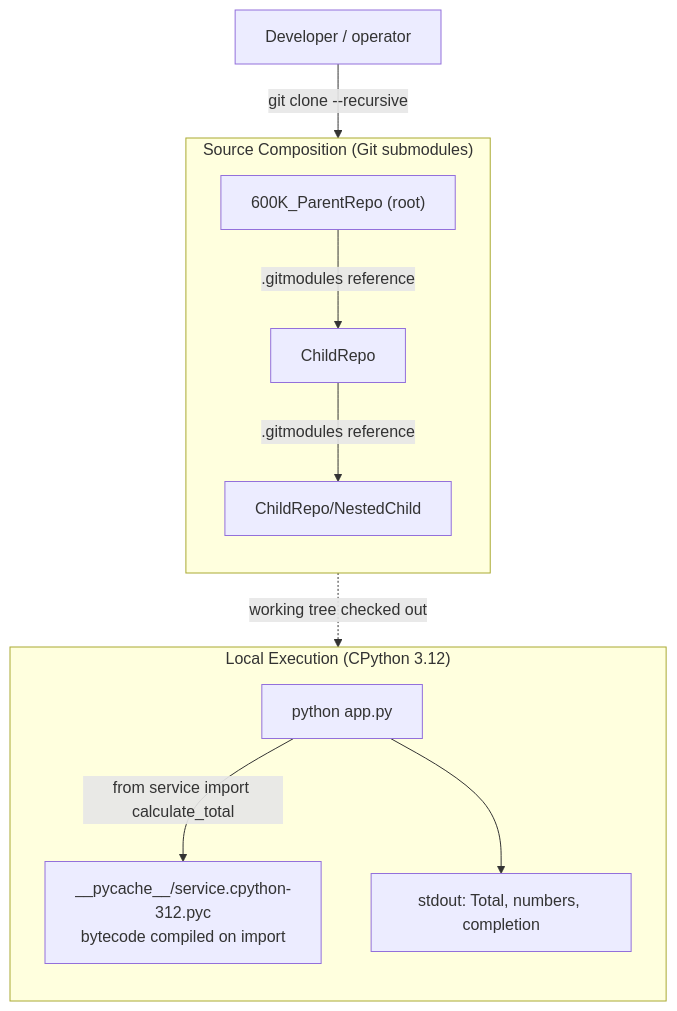
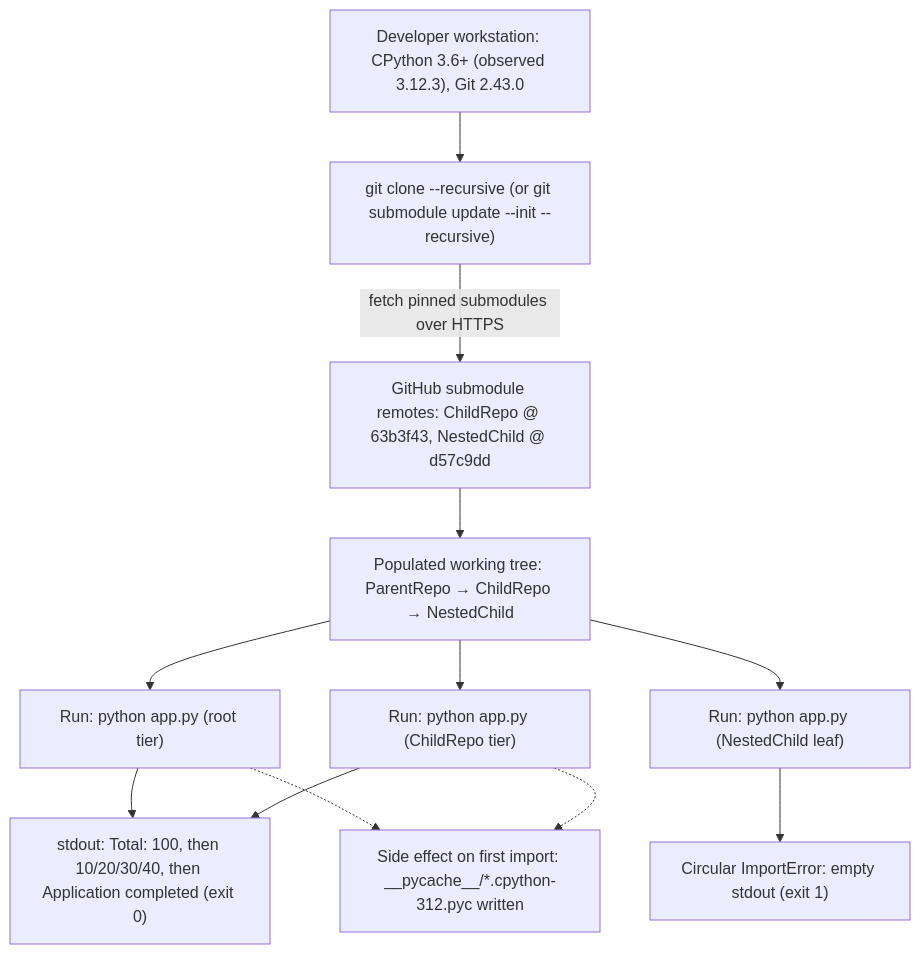
One commit to lakshya-blitzy/600K_ParentRepo changed the third of 43 diagrams in blitzy/documentation/Technical Specifications.md. Above: the diagram before and after it, drawn with Mermaid. The commit also changed other lines of this file, not shown here.

````diff
--- a/blitzy/documentation/Technical Specifications.md
+++ b/blitzy/documentation/Technical Specifications.md
@@ -848,22 +834,25 @@
 ```mermaid
 flowchart TD
-    Dev["Developer / operator"]
-    subgraph VCS["Source Composition (Git submodules)"]
-        direction TB
-        Parent["600K_ParentRepo (root)"]
-        Child["ChildRepo"]
-        Nested["ChildRepo/NestedChild"]
-        Parent -->|".gitmodules reference"| Child
-        Child -->|".gitmodules reference"| Nested
-    end
-    subgraph Exec["Local Execution (CPython 3.12)"]
-        direction TB
-        Run["python app.py"]
-        Pyc["__pycache__/service.cpython-312.pyc<br/>bytecode compiled on import"]
-        Out["stdout: Total, numbers, completion"]
-        Run -->|"from service import calculate_total"| Pyc
-        Run --> Out
-    end
-    Dev -->|"git clone --recursive"| Parent
-    Nested -.->|"working tree checked out"| Run
+    Dev["Developer workstation: CPython 3.6+ (observed 3.12.3), Git 2.43.0"]
+    Clone["git clone --recursive (or git submodule update --init --recursive)"]
+    GH["GitHub submodule remotes: ChildRepo @ 63b3f43, NestedChild @ d57c9dd"]
+    Tree["Populated working tree: ParentRepo → ChildRepo → NestedChild"]
+    RunRoot["Run: python app.py (root tier)"]
+    RunChild["Run: python app.py (ChildRepo tier)"]
+    RunNested["Run: python app.py (NestedChild leaf)"]
+    OK["stdout: Total: 100, then 10/20/30/40, then Application completed (exit 0)"]
+    Fail["Circular ImportError: empty stdout (exit 1)"]
+    Bytecode["Side effect on first import: __pycache__/*.cpython-312.pyc written"]
+
+    Dev --> Clone
+    Clone -->|fetch pinned submodules over HTTPS| GH
+    GH --> Tree
+    Tree --> RunRoot
+    Tree --> RunChild
+    Tree --> RunNested
+    RunRoot --> OK
+    RunChild --> OK
+    RunNested --> Fail
+    RunRoot -.-> Bytecode
+    RunChild -.-> Bytecode
 ```
````
